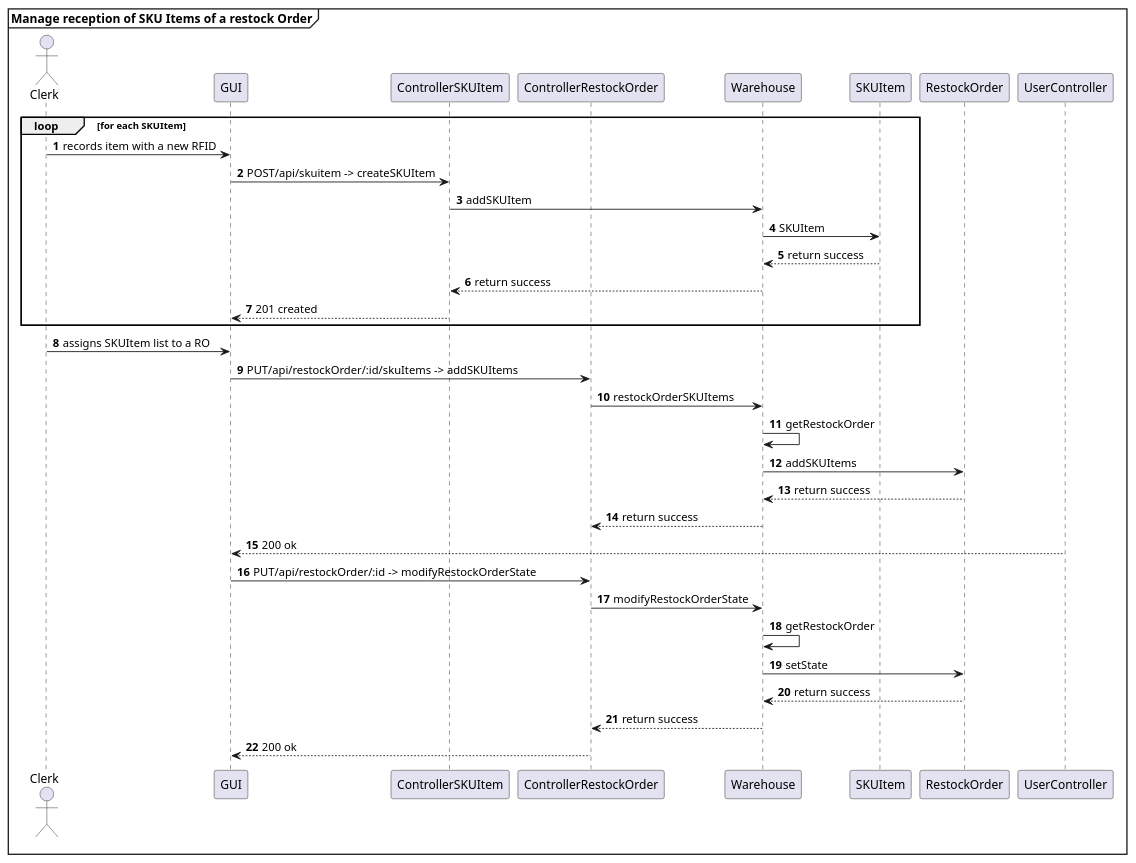
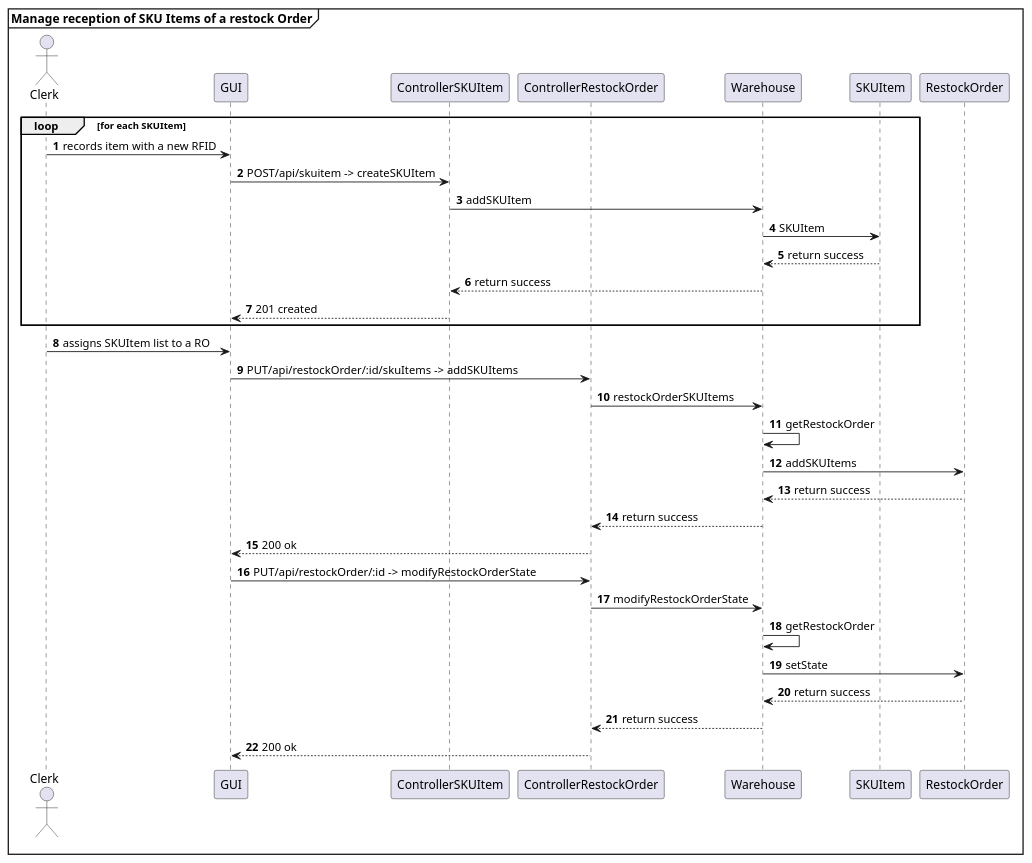
One commit to AlexZampa/EzWh changed diagram 17 of 32 in DesignDocument.md. Above: the diagram before and after it, drawn with PlantUML. The commit also changed other lines of this file, not shown here.

````diff
--- a/DesignDocument.md
+++ b/DesignDocument.md
@@ -800,39 +814,39 @@
 ```plantuml
 @startuml
 mainframe **Manage reception of SKU Items of a restock Order**
 actor Clerk
 participant GUI
 participant ControllerSKUItem
 participant ControllerRestockOrder
 participant Warehouse
 participant SKUItem
 participant RestockOrder
 
 autonumber
 loop for each SKUItem
   Clerk -> GUI : records item with a new RFID
   GUI -> ControllerSKUItem : POST/api/skuitem -> createSKUItem
   ControllerSKUItem -> Warehouse : addSKUItem
   Warehouse -> SKUItem : SKUItem
   Warehouse <-- SKUItem : return success
   ControllerSKUItem <-- Warehouse : return success
   GUI <-- ControllerSKUItem : 201 created
 end loop
 Clerk -> GUI : assigns SKUItem list to a RO
 GUI -> ControllerRestockOrder : PUT/api/restockOrder/:id/skuItems -> addSKUItems
 ControllerRestockOrder -> Warehouse : restockOrderSKUItems
 Warehouse -> Warehouse : getRestockOrder
 Warehouse -> RestockOrder : addSKUItems
 Warehouse <-- RestockOrder : return success
 ControllerRestockOrder <-- Warehouse : return success
-GUI <-- UserController : 200 ok
+GUI <-- ControllerRestockOrder : 200 ok
 GUI -> ControllerRestockOrder : PUT/api/restockOrder/:id -> modifyRestockOrderState
 ControllerRestockOrder -> Warehouse : modifyRestockOrderState
 Warehouse -> Warehouse : getRestockOrder
 Warehouse -> RestockOrder : setState
 Warehouse <-- RestockOrder : return success
 ControllerRestockOrder <-- Warehouse : return success
 GUI <-- ControllerRestockOrder : 200 ok
 
 @enduml
 ```
````
